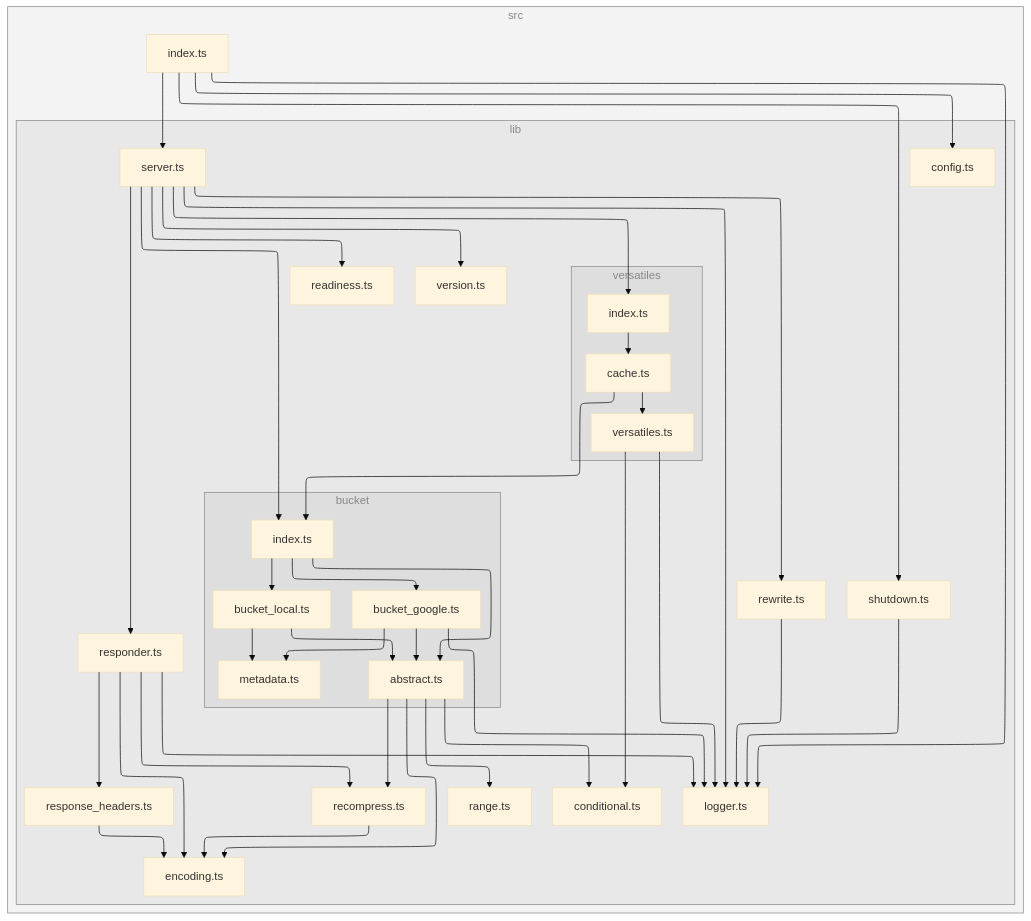
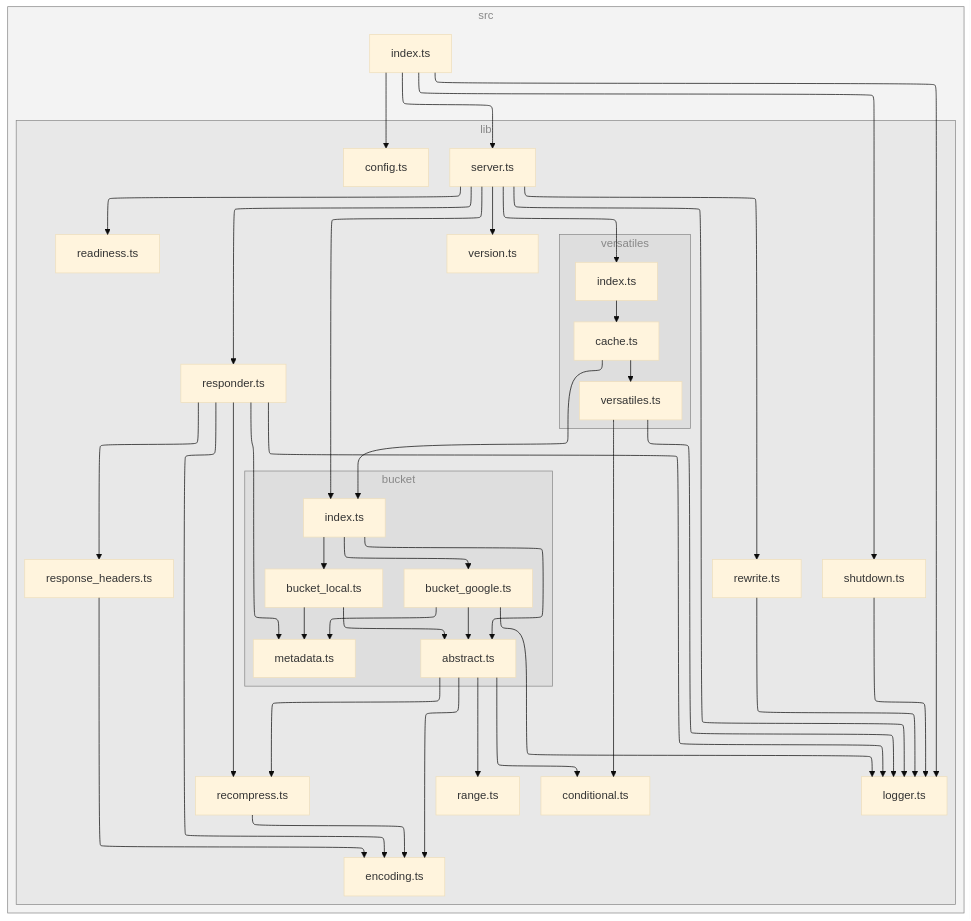
The diagram in README.md (versatiles-org/node-versatiles-google-cloud), drawn with Mermaid (base theme) before and after one commit. The commit also changed other lines of this file and 11 other files, not shown here.

````diff
--- a/README.md
+++ b/README.md
@@ -498,77 +509,78 @@
 ```mermaid
 ---
 config:
   layout: elk
 ---
 flowchart TB
 
 subgraph 0["src"]
 1["index.ts"]
 subgraph 2["lib"]
 3["config.ts"]
 4["logger.ts"]
 5["server.ts"]
 subgraph 6["bucket"]
 7["index.ts"]
 8["abstract.ts"]
 D["bucket_google.ts"]
 E["metadata.ts"]
 F["bucket_local.ts"]
 end
 9["conditional.ts"]
 A["encoding.ts"]
 B["range.ts"]
 C["recompress.ts"]
 G["readiness.ts"]
 H["responder.ts"]
 I["response_headers.ts"]
 J["rewrite.ts"]
 subgraph K["versatiles"]
 L["index.ts"]
 M["cache.ts"]
 N["versatiles.ts"]
 end
 O["version.ts"]
 P["shutdown.ts"]
 end
 end
 1-->3
 1-->4
 1-->5
 1-->P
 5-->7
 5-->4
 5-->G
 5-->H
 5-->J
 5-->L
 5-->O
 7-->8
 7-->D
 7-->F
 8-->9
 8-->A
 8-->B
 8-->C
 C-->A
 D-->4
 D-->8
 D-->E
 F-->8
 F-->E
+H-->E
 H-->A
 H-->4
 H-->C
 H-->I
 I-->A
 J-->4
 L-->M
 M-->7
 M-->N
 N-->9
 N-->4
 P-->4
 
 class 0,2,6,K subgraphs;
 classDef subgraphs fill-opacity:0.1, fill:#888, color:#888, stroke:#888;
 ```
````
